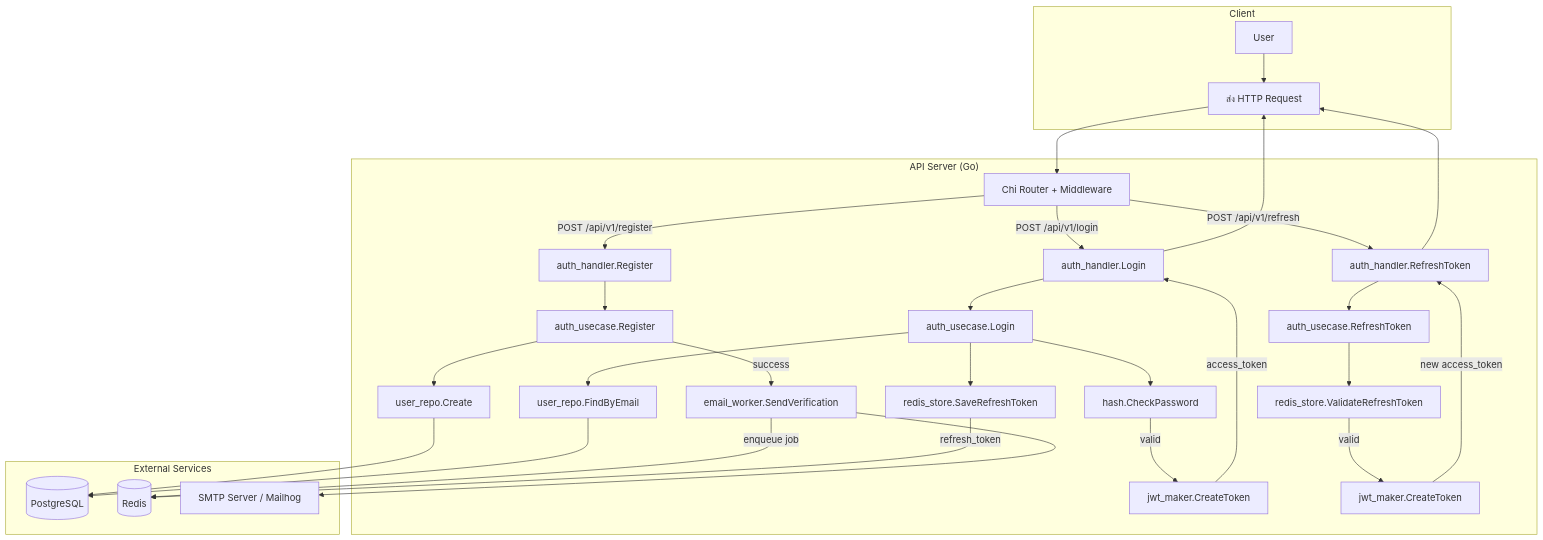
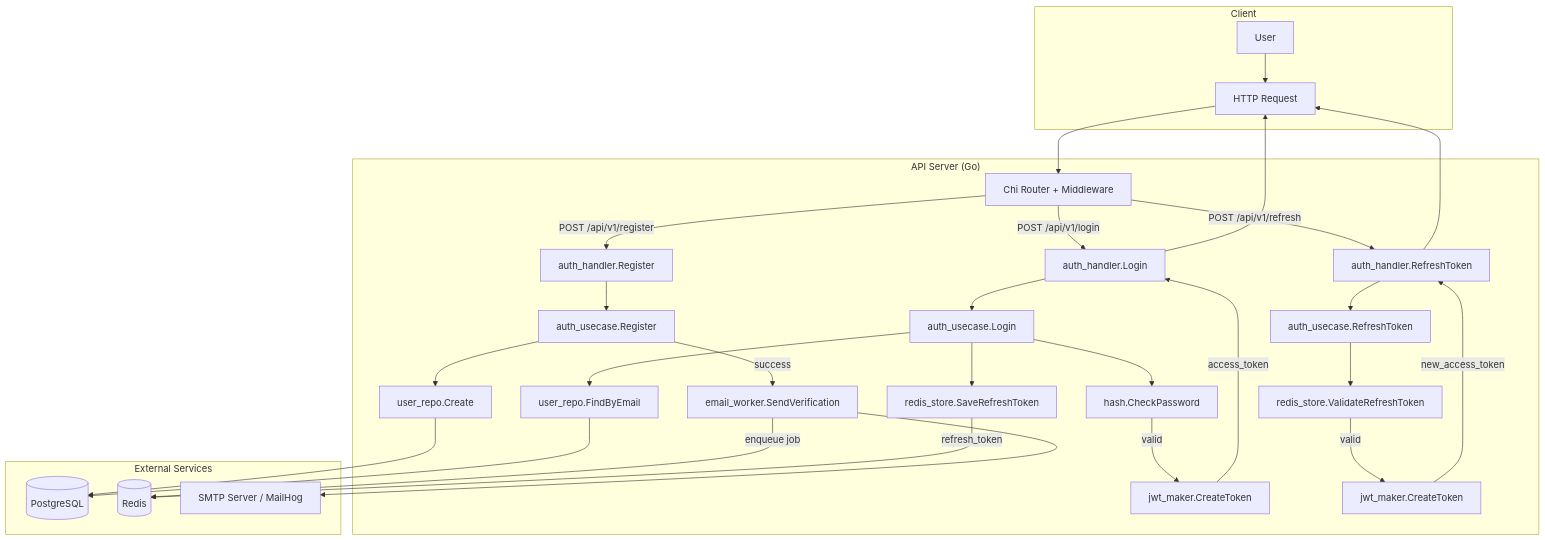
One commit to kongnakornna/gorestapi changed the first of 2 diagrams in README.md. Above: the diagram before and after it, drawn with Mermaid. The commit also changed other lines of this file and 1 other file, not shown here.

````diff
--- a/README.md
+++ b/README.md
@@ -843,57 +173,57 @@
 ```mermaid
 flowchart TB
     subgraph Client
-        A[User] --> B[ส่ง HTTP Request]
+        A[User] --> B[HTTP Request]
     end
 
     subgraph "API Server (Go)"
         C[Chi Router + Middleware]
         D[auth_handler.Register]
         E[auth_usecase.Register]
         F[user_repo.Create]
         G[email_worker.SendVerification]
         H[auth_handler.Login]
         I[auth_usecase.Login]
         J[user_repo.FindByEmail]
         K[hash.CheckPassword]
         L[jwt_maker.CreateToken]
         M[redis_store.SaveRefreshToken]
         N[auth_handler.RefreshToken]
         O[auth_usecase.RefreshToken]
         P[redis_store.ValidateRefreshToken]
         Q[jwt_maker.CreateToken]
     end
 
     subgraph "External Services"
         R[(PostgreSQL)]
         S[(Redis)]
-        T[SMTP Server / Mailhog]
+        T[SMTP Server / MailHog]
     end
 
     B --> C
     C -- POST /api/v1/register --> D
     D --> E
     E --> F
     F --> R
     E -- success --> G
     G --> T
     G -- enqueue job --> S
 
     C -- POST /api/v1/login --> H
     H --> I
     I --> J
     J --> R
     I --> K
     K -- valid --> L
     L -- access_token --> H
     I --> M
     M -- refresh_token --> S
     H --> B
 
     C -- POST /api/v1/refresh --> N
     N --> O
     O --> P
     P -- valid --> Q
-    Q -- new access_token --> N
+    Q -- new_access_token --> N
     N --> B
 ```
````
